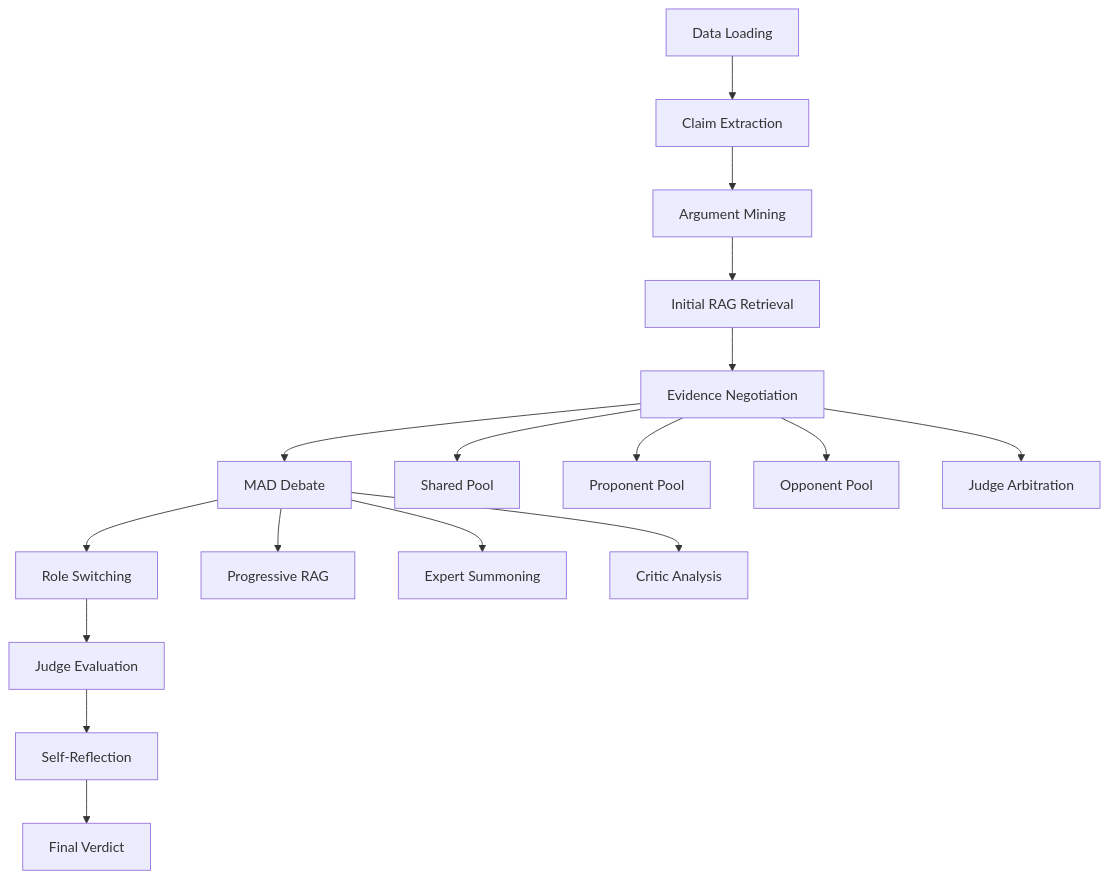
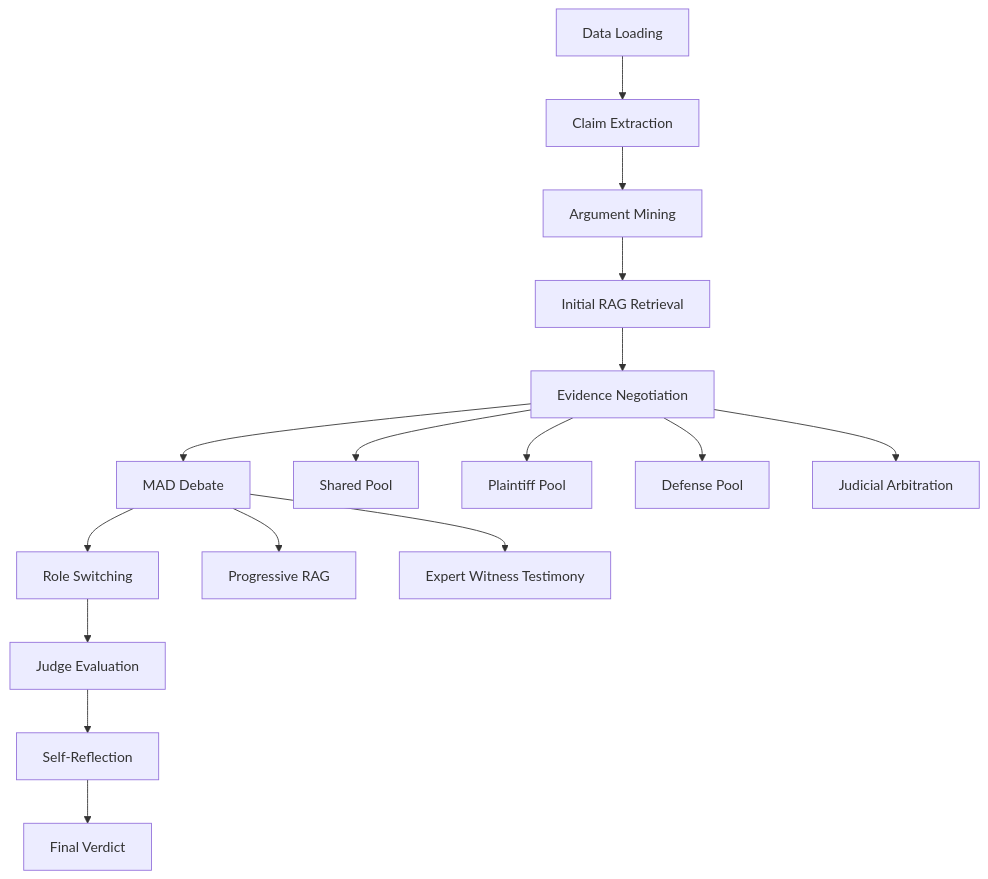
One commit to mnc13/PRAG-ArgumentMining-MultiAgentDebate-RoleSwitching changed the first of 2 diagrams in FRAMEWORK_ANALYSIS_REPORT.md. Above: the diagram before and after it, drawn with Mermaid. The commit also changed other lines of this file and 23 other files, not shown here.

````diff
--- a/FRAMEWORK_ANALYSIS_REPORT.md
+++ b/FRAMEWORK_ANALYSIS_REPORT.md
@@ -11,21 +11,20 @@
 ```mermaid
 graph TD
     A[Data Loading] --> B[Claim Extraction]
     B --> C[Argument Mining]
     C --> D[Initial RAG Retrieval]
     D --> E[Evidence Negotiation]
     E --> F[MAD Debate]
     F --> G[Role Switching]
     G --> H[Judge Evaluation]
     H --> I[Self-Reflection]
     I --> J[Final Verdict]
     
     E --> E1[Shared Pool]
-    E --> E2[Proponent Pool]
-    E --> E3[Opponent Pool]
-    E --> E4[Judge Arbitration]
+    E --> E2[Plaintiff Pool]
+    E --> E3[Defense Pool]
+    E --> E4[Judicial Arbitration]
     
     F --> F1[Progressive RAG]
-    F --> F2[Expert Summoning]
-    F --> F3[Critic Analysis]
+    F --> F2[Expert Witness Testimony]
 ```
````
